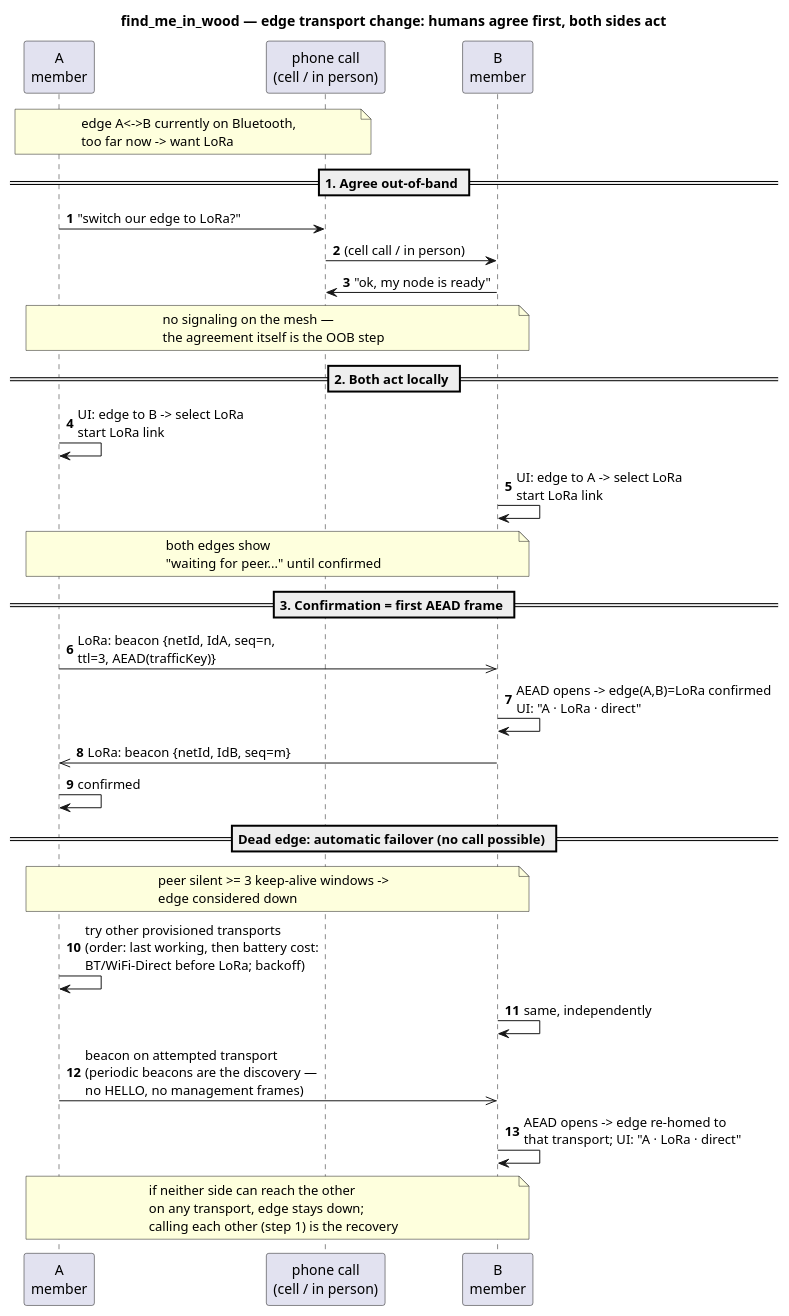
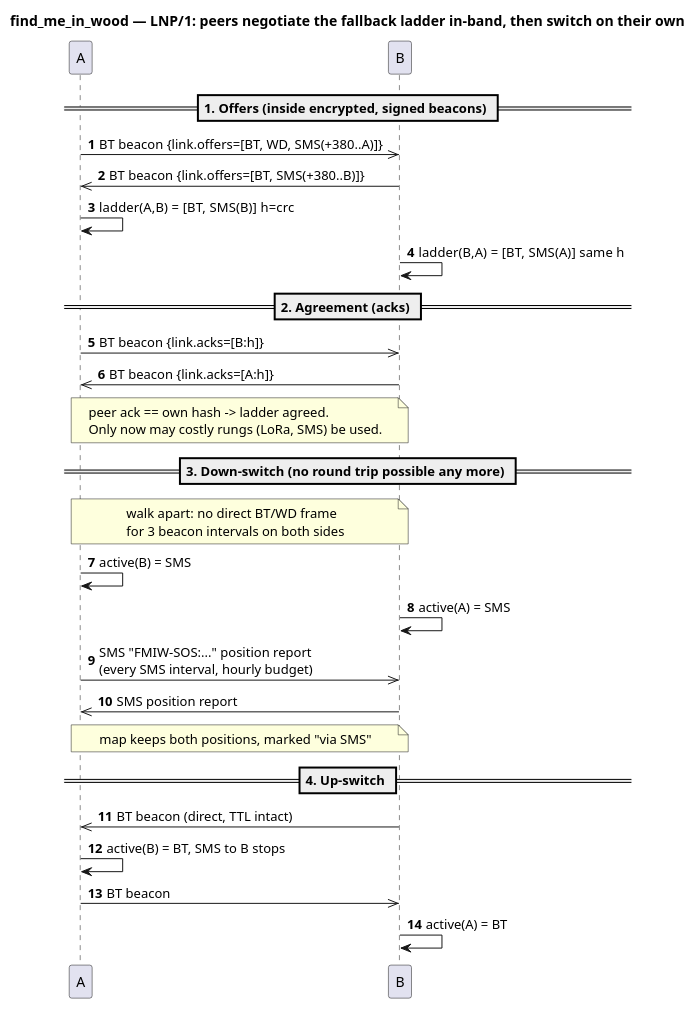
One commit to icegood/find_me_in_wood changed the diagram in specs/001-secure-network-gnss-beacons/edge-switch.wsd. Above: the diagram before and after it, drawn with PlantUML. The commit also changed 22 other files, not shown here.

First line of the commit message:
LNP/1: in-band link negotiation between peers, SMS as a negotiated rung

```diff
--- a/specs/001-secure-network-gnss-beacons/edge-switch.wsd
+++ b/specs/001-secure-network-gnss-beacons/edge-switch.wsd
@@ -1,34 +1,31 @@
 @startuml
-title find_me_in_wood — edge transport change: humans agree first, both sides act
+title find_me_in_wood — LNP/1: peers negotiate the fallback ladder in-band, then switch on their own
 autonumber
-participant "A\nmember" as A
-participant "phone call\n(cell / in person)" as OOB
-participant "B\nmember" as B
+participant "A" as A
+participant "B" as B
 
-note over A, OOB : edge A<->B currently on Bluetooth,\ntoo far now -> want LoRa
+== 1. Offers (inside encrypted, signed beacons) ==
+A ->> B : BT beacon {link.offers=[BT, WD, SMS(+380..A)]}
+B ->> A : BT beacon {link.offers=[BT, SMS(+380..B)]}
+A -> A : ladder(A,B) = [BT, SMS(B)]  h=crc
+B -> B : ladder(B,A) = [BT, SMS(A)]  same h
 
-== 1. Agree out-of-band ==
-A -> OOB : "switch our edge to LoRa?"
-OOB -> B : (cell call / in person)
-B -> OOB : "ok, my node is ready"
-note over A, B : no signaling on the mesh —\nthe agreement itself is the OOB step
+== 2. Agreement (acks) ==
+A ->> B : BT beacon {link.acks=[B:h]}
+B ->> A : BT beacon {link.acks=[A:h]}
+note over A, B : peer ack == own hash -> ladder agreed.\nOnly now may costly rungs (LoRa, SMS) be used.
 
-== 2. Both act locally ==
-A -> A : UI: edge to B -> select LoRa\nstart LoRa link
-B -> B : UI: edge to A -> select LoRa\nstart LoRa link
-note over A, B : both edges show\n"waiting for peer..." until confirmed
+== 3. Down-switch (no round trip possible any more) ==
+note over A, B : walk apart: no direct BT/WD frame\nfor 3 beacon intervals on both sides
+A -> A : active(B) = SMS
+B -> B : active(A) = SMS
+A ->> B : SMS "FMIW-SOS:..." position report\n(every SMS interval, hourly budget)
+B ->> A : SMS position report
+note over A, B : map keeps both positions, marked "via SMS"
 
-== 3. Confirmation = first AEAD frame ==
-A ->> B : LoRa: beacon {netId, IdA, seq=n,\nttl=3, AEAD(trafficKey)}
-B -> B : AEAD opens -> edge(A,B)=LoRa confirmed\nUI: "A · LoRa · direct"
-B ->> A : LoRa: beacon {netId, IdB, seq=m}
-A -> A : confirmed
-
-== Dead edge: automatic failover (no call possible) ==
-note over A, B : peer silent >= 3 keep-alive windows ->\nedge considered down
-A -> A : try other provisioned transports\n(order: last working, then battery cost:\nBT/WiFi-Direct before LoRa; backoff)
-B -> B : same, independently
-A ->> B : beacon on attempted transport\n(periodic beacons are the discovery —\nno HELLO, no management frames)
-B -> B : AEAD opens -> edge re-homed to\nthat transport; UI: "A · LoRa · direct"
-note over A, B : if neither side can reach the other\non any transport, edge stays down;\ncalling each other (step 1) is the recovery
+== 4. Up-switch ==
+B ->> A : BT beacon (direct, TTL intact)
+A -> A : active(B) = BT, SMS to B stops
+A ->> B : BT beacon
+B -> B : active(A) = BT
 @enduml
```
